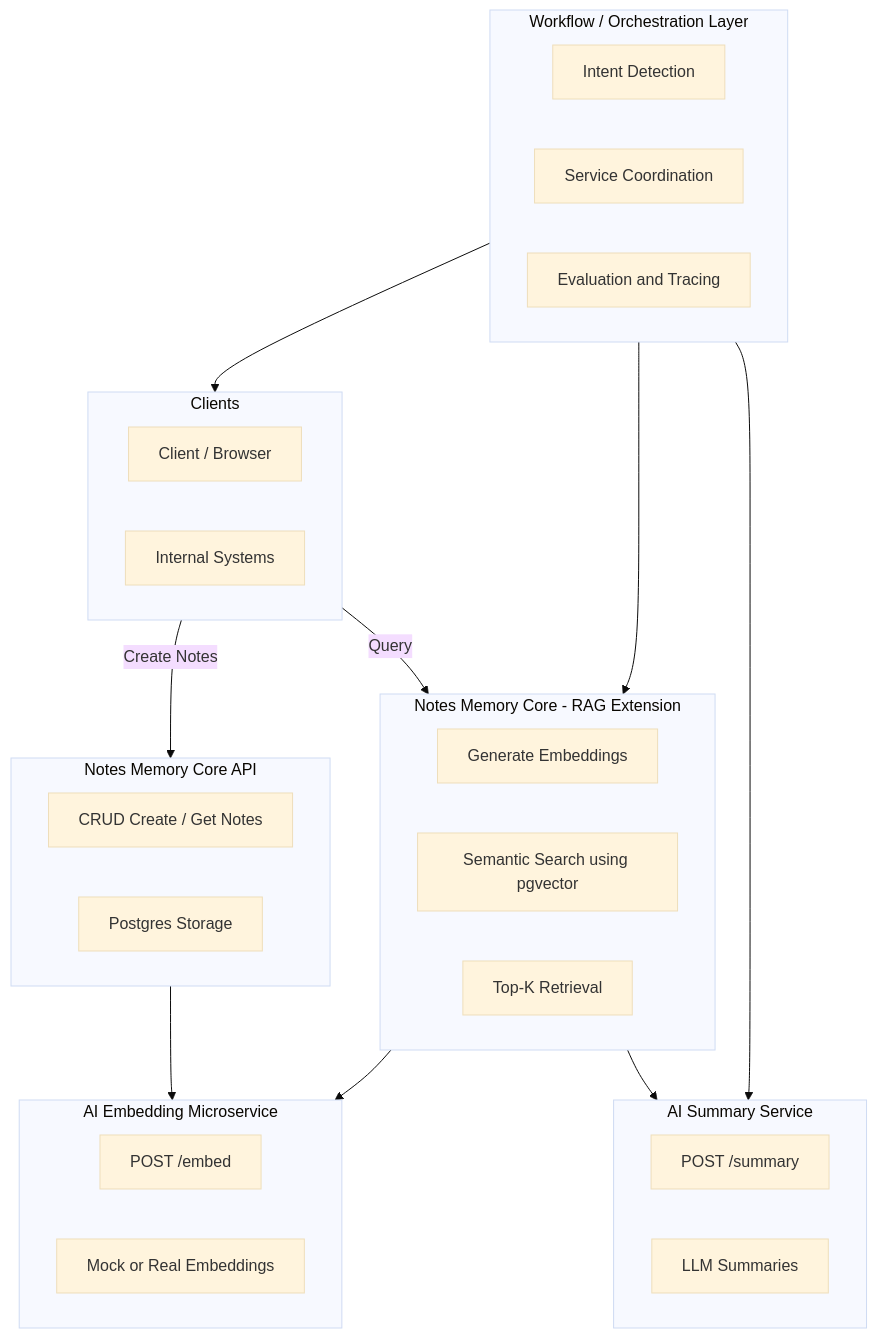
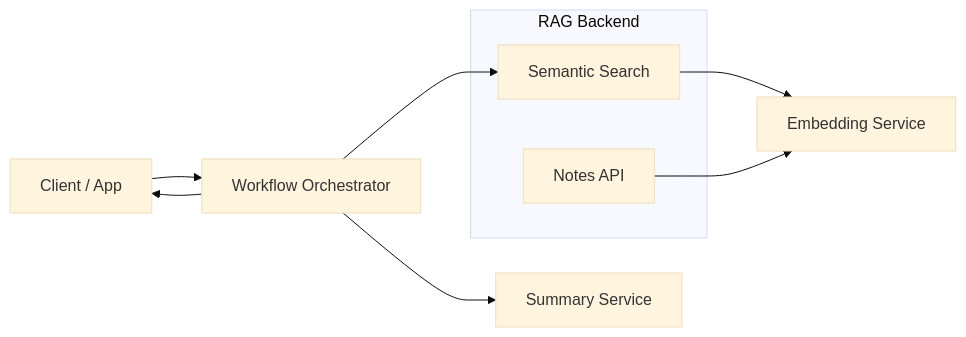
One commit to ai-backend-course/.github changed the diagram in profile/README.md. Above: the diagram before and after it, drawn with Mermaid (base theme).

Commit message:
Update architecture diagram

````diff
--- a/profile/README.md
+++ b/profile/README.md
@@ -14,47 +14,24 @@
 ```mermaid
-flowchart TD
+flowchart LR
 
-    subgraph Clients
-        A[Client / Browser]
-        B[Internal Systems]
+    Client[Client / App]
+
+    subgraph RAG_Backend[RAG Backend]
+        Notes[Notes API]
+        VectorSearch[Semantic Search]
     end
 
-    subgraph NotesMemoryCore[Notes Memory Core API]
-        N1[CRUD Create / Get Notes]
-        N2[Postgres Storage]
-    end
+    Embeddings[Embedding Service]
+    Summary[Summary Service]
+    Orchestrator[Workflow Orchestrator]
 
-    subgraph EmbeddingService[AI Embedding Microservice]
-        E1[POST /embed]
-        E2[Mock or Real Embeddings]
-    end
+    Client --> Orchestrator
+    Orchestrator --> VectorSearch
+    VectorSearch --> Embeddings
+    Orchestrator --> Summary
+    Orchestrator --> Client
 
-    subgraph RAGCore[Notes Memory Core - RAG Extension]
-        R1[Generate Embeddings]
-        R2[Semantic Search using pgvector]
-        R3[Top-K Retrieval]
-    end
+    Notes --> Embeddings
 
-    subgraph SummaryService[AI Summary Service]
-        S1[POST /summary]
-        S2[LLM Summaries]
-    end
-
-    subgraph Orchestration[Workflow / Orchestration Layer]
-        O1[Intent Detection]
-        O2[Service Coordination]
-        O3[Evaluation and Tracing]
-    end
-
-    Clients -->|Create Notes| NotesMemoryCore
-    NotesMemoryCore --> EmbeddingService
-
-    Clients -->|Query| RAGCore
-    RAGCore --> EmbeddingService
-    RAGCore --> SummaryService
-
-    Orchestration --> RAGCore
-    Orchestration --> SummaryService
-    Orchestration --> Clients
 
 ```
````
